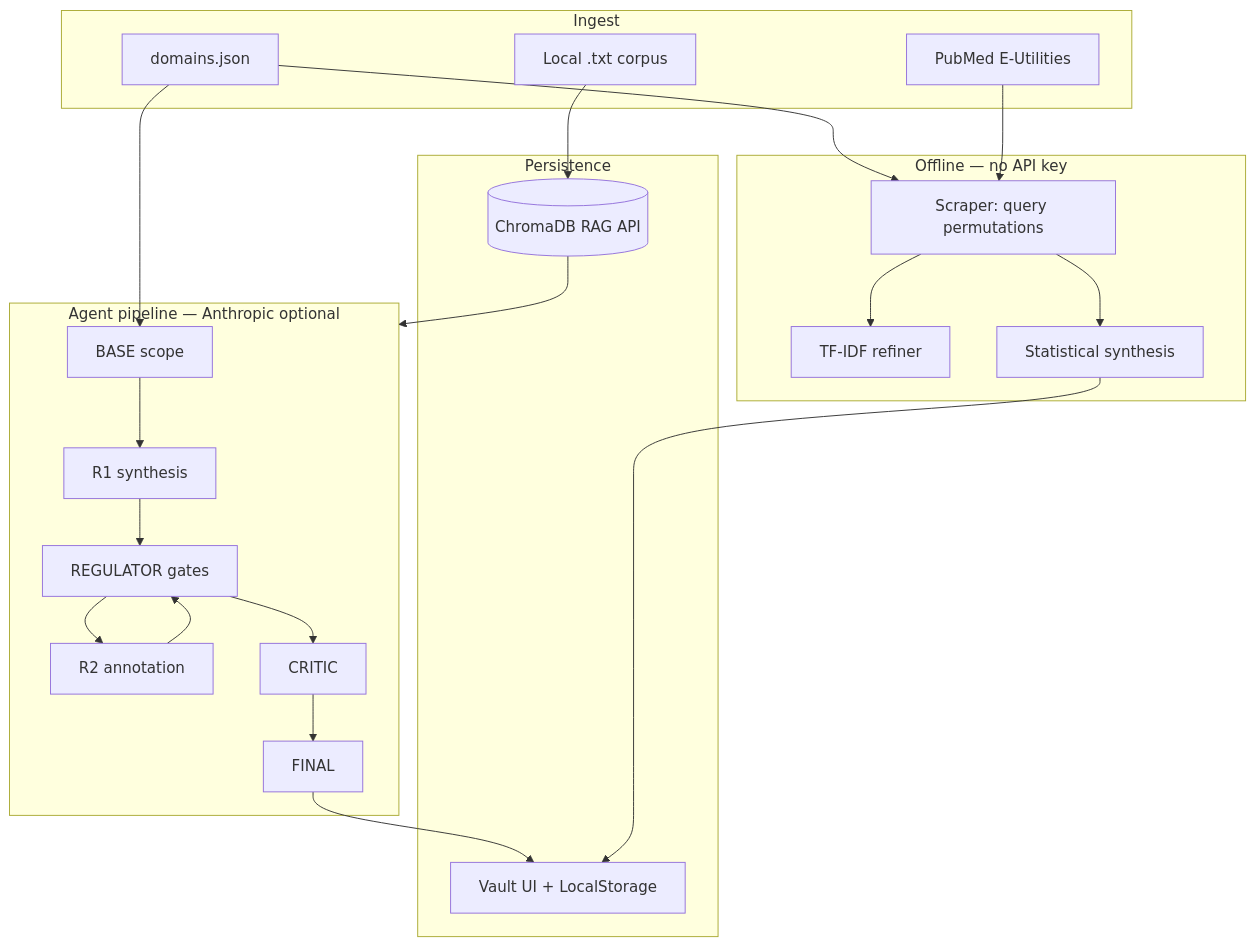
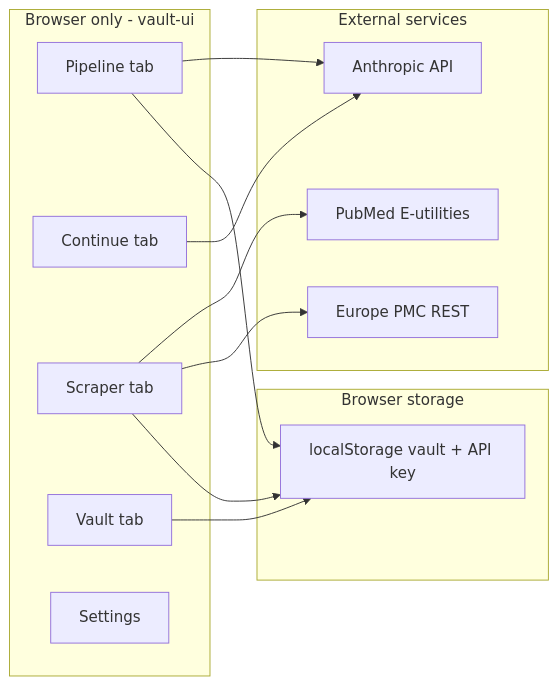
The diagram in docs/ARCHITECTURE.md (Dmallick01/generic-research-helper), drawn with Mermaid before and after one commit. The commit also changed other lines of this file and 2 other files, not shown here.

First line of the commit message:
Document honest scope vs Simplex parent and fix architecture diagrams.

````diff
--- a/docs/ARCHITECTURE.md
+++ b/docs/ARCHITECTURE.md
@@ -7,39 +20,28 @@
 ```mermaid
-flowchart TB
-  subgraph ingest [Ingest]
-    CFG[domains.json]
-    PUB[PubMed E-Utilities]
-    DOC[Local .txt corpus]
+flowchart LR
+  subgraph browser [Browser only - vault-ui]
+    T1[Pipeline tab]
+    T2[Continue tab]
+    T3[Scraper tab]
+    T4[Vault tab]
+    T5[Settings]
   end
 
-  subgraph offline [Offline — no API key]
-    SCR[Scraper: query permutations]
-    REF[TF-IDF refiner]
-    SYN[Statistical synthesis]
+  subgraph external [External services]
+    PM[PubMed E-utilities]
+    EP[Europe PMC REST]
+    AN[Anthropic API]
   end
 
-  subgraph agents [Agent pipeline — Anthropic optional]
-    BASE[BASE scope]
-    R1[R1 synthesis]
-    REG[REGULATOR gates]
-    R2[R2 annotation]
-    CRT[CRITIC]
-    FIN[FINAL]
+  subgraph local [Browser storage]
+    LS[localStorage vault + API key]
   end
 
-  subgraph store [Persistence]
-    VAULT[Vault UI + LocalStorage]
-    RAG[(ChromaDB RAG API)]
-  end
-
-  CFG --> SCR
-  CFG --> BASE
-  PUB --> SCR
-  SCR --> REF
-  SCR --> SYN
-  DOC --> RAG
-  BASE --> R1 --> REG --> R2 --> REG --> CRT --> FIN
-  FIN --> VAULT
-  SYN --> VAULT
-  RAG --> agents
+  T3 --> PM
+  T3 --> EP
+  T1 --> AN
+  T2 --> AN
+  T1 --> LS
+  T3 --> LS
+  T4 --> LS
 ```
````
